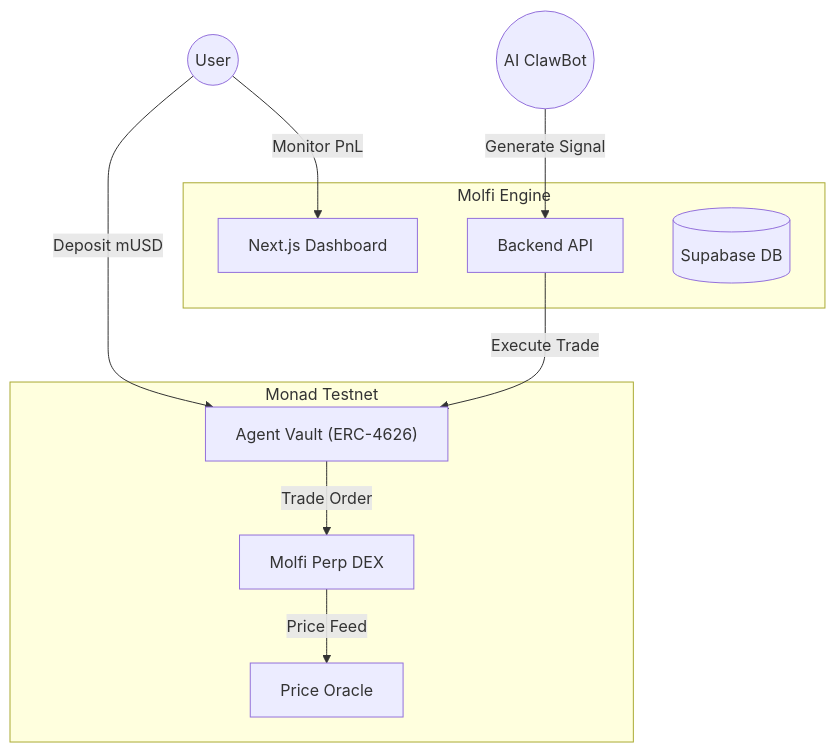
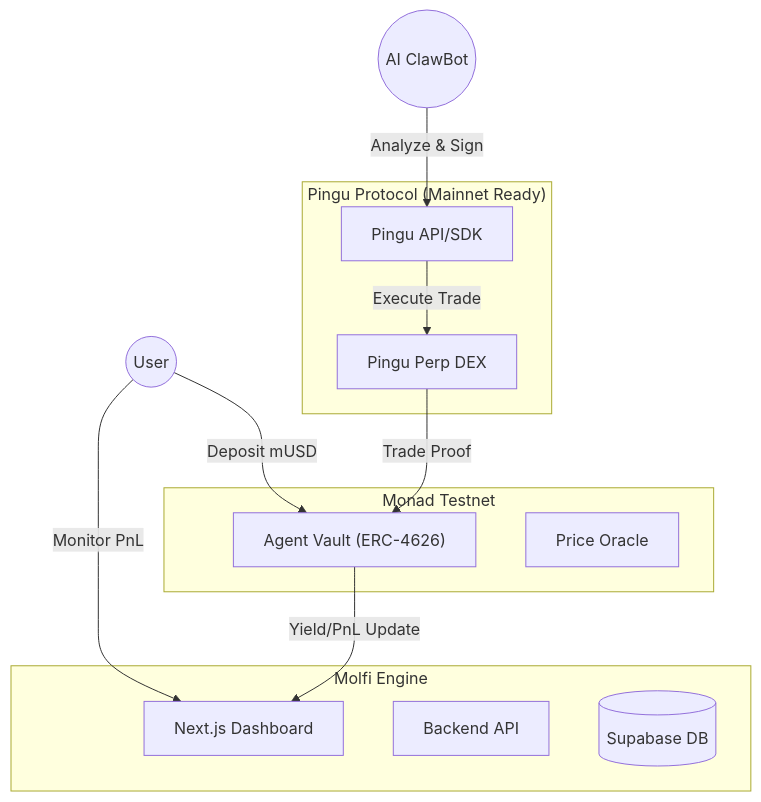
Before and after one commit to nickthelegend/monad-blitz-hyderabad: the diagram in README.md, drawn with Mermaid. The commit also changed other lines of this file, not shown here.

````diff
--- a/README.md
+++ b/README.md
@@ -51,24 +62,28 @@
 ```mermaid
 graph TD
     User((User))
     AI((AI ClawBot))
 
     subgraph "Molfi Engine"
         FE[Next.js Dashboard]
         API[Backend API]
         DB[(Supabase DB)]
     end
 
     subgraph "Monad Testnet"
         Vault["Agent Vault (ERC-4626)"]
-        DEX[Molfi Perp DEX]
         Oracle[Price Oracle]
+    end
+
+    subgraph "Pingu Protocol (Mainnet Ready)"
+        PinguAPI[Pingu API/SDK]
+        PinguDEX[Pingu Perp DEX]
     end
 
     User -->|Deposit mUSD| Vault
     User -->|Monitor PnL| FE
-    AI -->|Generate Signal| API
-    API -->|Execute Trade| Vault
-    Vault -->|Trade Order| DEX
-    DEX -->|Price Feed| Oracle
+    AI -->|Analyze & Sign| PinguAPI
+    PinguAPI -->|Execute Trade| PinguDEX
+    PinguDEX -->|Trade Proof| Vault
+    Vault -->|Yield/PnL Update| FE
 ```
````
